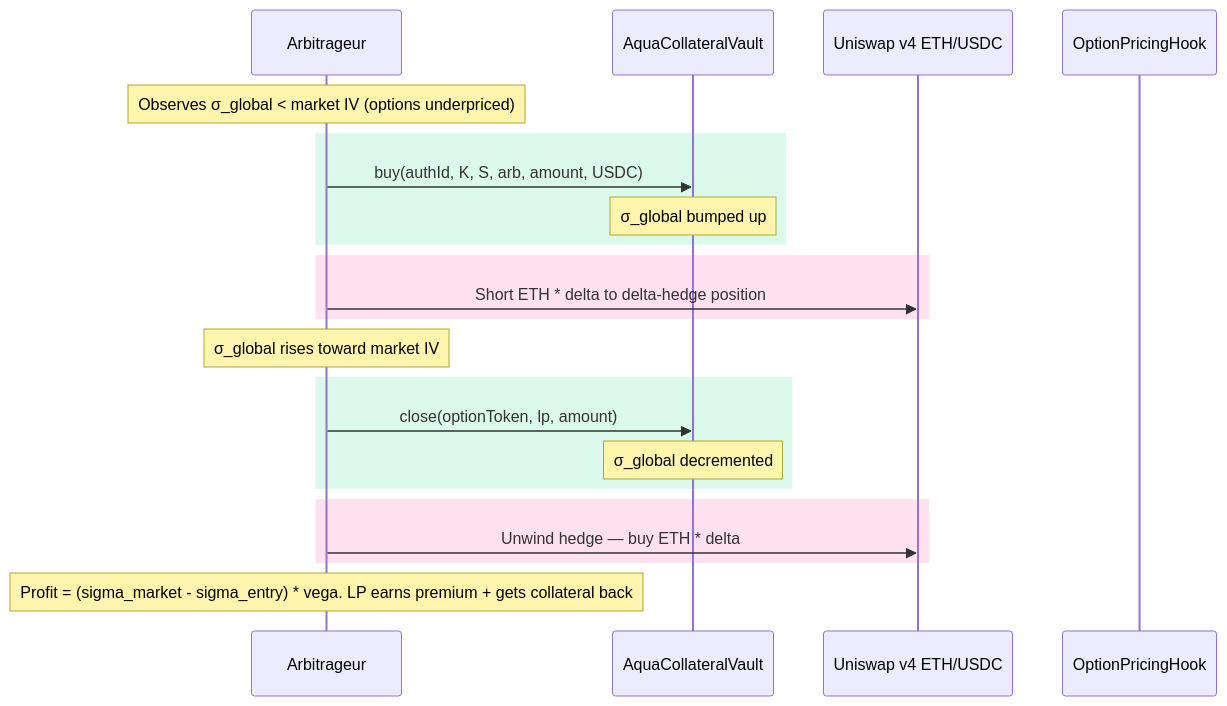
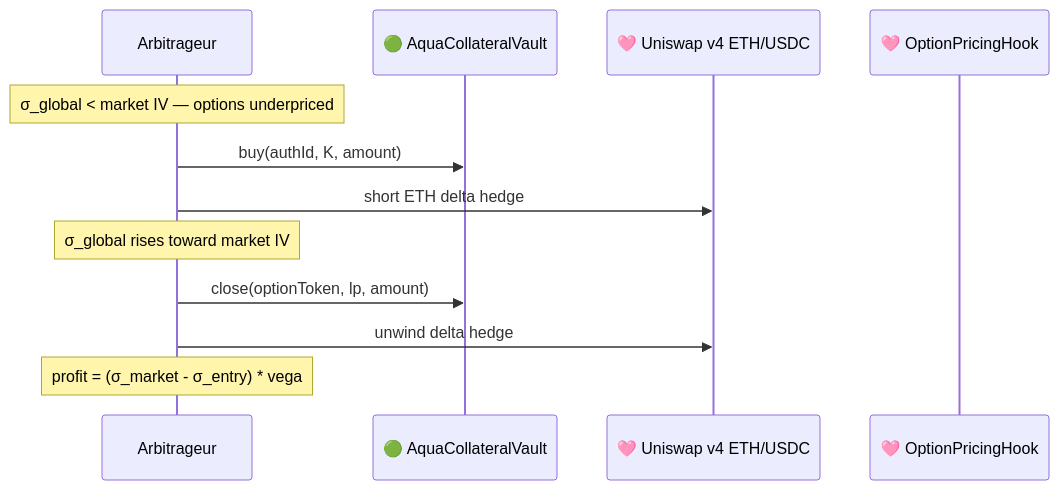
The fifth of 7 diagrams in README.md (oslinin/Smile), drawn with Mermaid before and after one commit. The commit also changed other lines of this file and 2 other files, not shown here.

First line of the commit message:
Polish README diagrams and collateralization docs

````diff
--- a/README.md
+++ b/README.md
@@ -205,25 +200,15 @@
 ```mermaid
 sequenceDiagram
     participant Arb as Arbitrageur
-    participant Vault as AquaCollateralVault
-    participant UniPool as Uniswap v4 ETH/USDC
-    participant Hook as OptionPricingHook
+    participant Vault as 🟢 AquaCollateralVault
+    participant UniPool as 🩷 Uniswap v4 ETH/USDC
+    participant Hook as 🩷 OptionPricingHook
 
-    Note over Arb: Observes σ_global < market IV (options underpriced)
-    rect rgb(220, 250, 235)
-    Arb->>Vault: buy(authId, K, S, arb, amount, USDC)
-    Note over Vault: σ_global bumped up
-    end
-    rect rgb(255, 225, 240)
-    Arb->>UniPool: Short ETH * delta to delta-hedge position
-    end
+    Note over Arb: σ_global < market IV — options underpriced
+    Arb->>Vault: buy(authId, K, amount)
+    Arb->>UniPool: short ETH delta hedge
     Note over Arb: σ_global rises toward market IV
-    rect rgb(220, 250, 235)
     Arb->>Vault: close(optionToken, lp, amount)
-    Note over Vault: σ_global decremented
-    end
-    rect rgb(255, 225, 240)
-    Arb->>UniPool: Unwind hedge — buy ETH * delta
-    end
-    Note over Arb: Profit = (sigma_market - sigma_entry) * vega. LP earns premium + gets collateral back
+    Arb->>UniPool: unwind delta hedge
+    Note over Arb: profit = (σ_market - σ_entry) * vega
 ```
````
